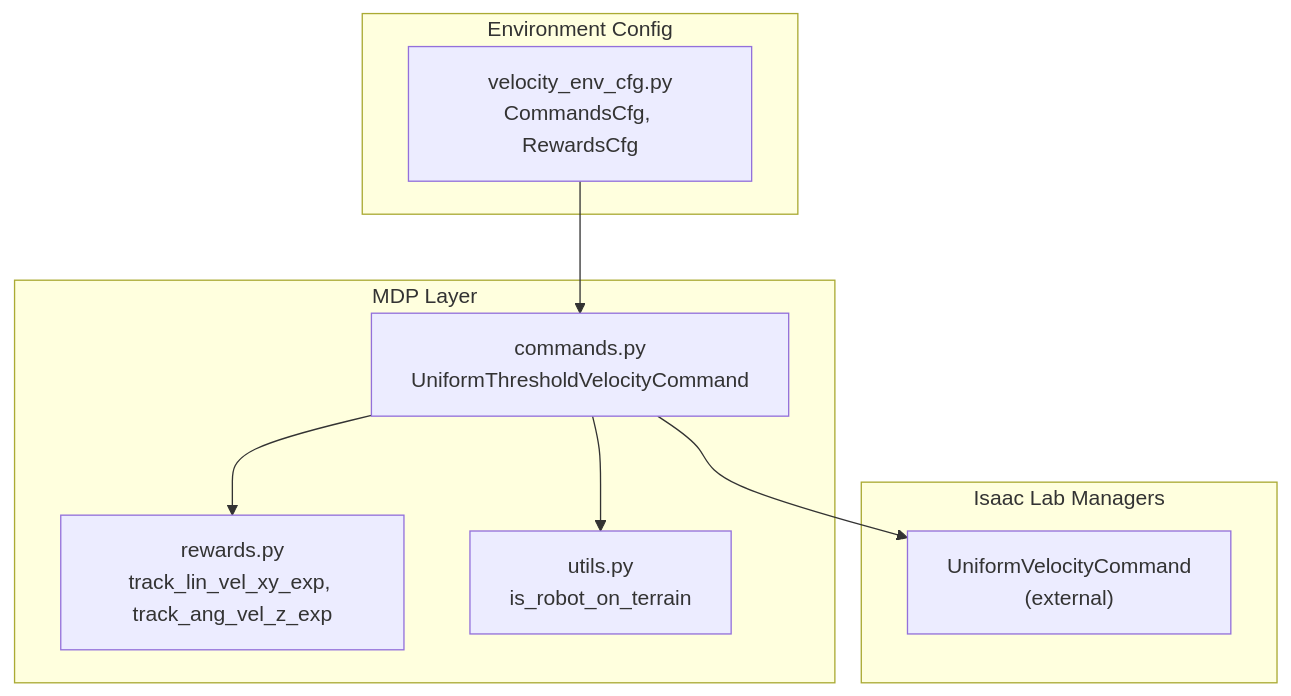
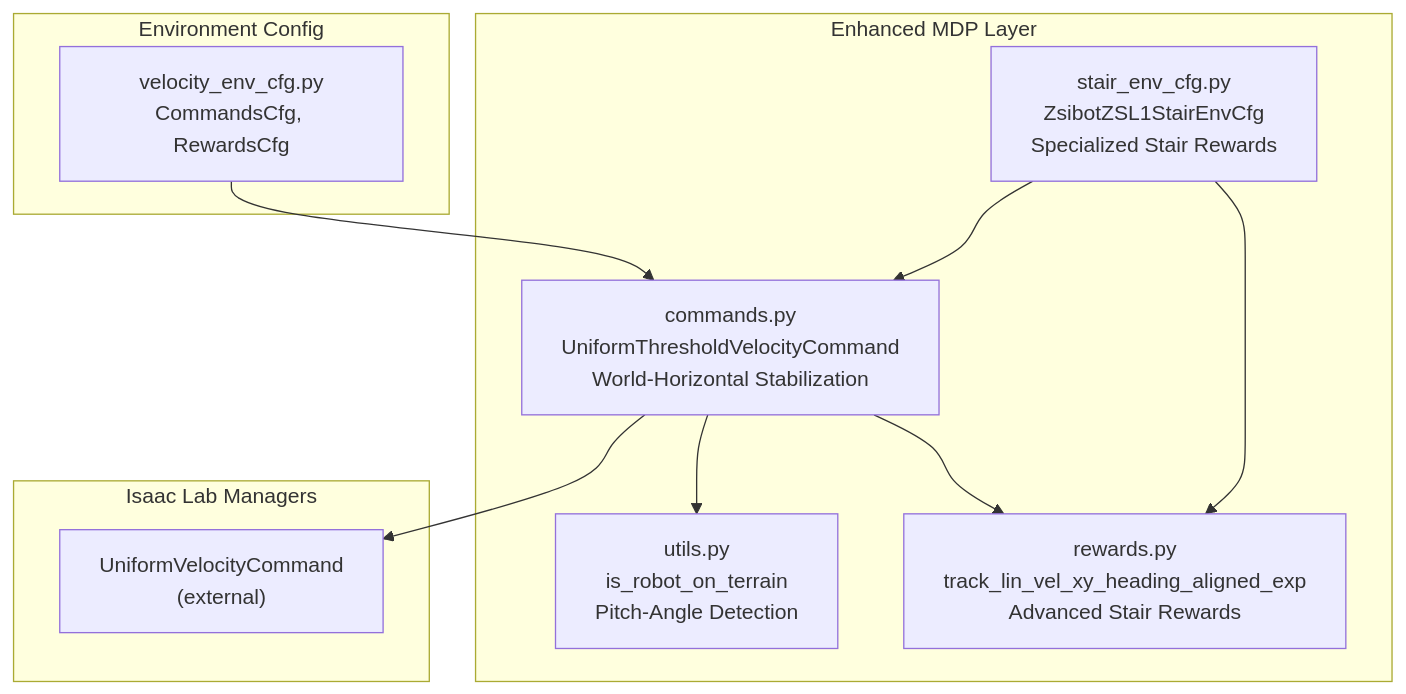
Before and after one commit to jayjayhust/robot_lab: the first of 4 diagrams in .qoder/repowiki/en/content/Task Configuration Framework/Velocity-Based Locomotion Tasks/Command Generation and Tracking.md, drawn with Mermaid. The commit also changed other lines of this file and 21 other files, not shown here.

Commit message:
add stair config for zsl1

````diff
--- a/.qoder/repowiki/en/content/Task Configuration Framework/Velocity-Based Locomotion Tasks/Command Generation and Tracking.md
+++ b/.qoder/repowiki/en/content/Task Configuration Framework/Velocity-Based Locomotion Tasks/Command Generation and Tracking.md
@@ -40,18 +50,21 @@
 ```mermaid
 graph TB
-subgraph "MDP Layer"
-CMD["commands.py<br/>UniformThresholdVelocityCommand"]
-REW["rewards.py<br/>track_lin_vel_xy_exp, track_ang_vel_z_exp"]
-UTL["utils.py<br/>is_robot_on_terrain"]
+subgraph "Enhanced MDP Layer"
+CMD["commands.py<br/>UniformThresholdVelocityCommand<br/>World-Horizontal Stabilization"]
+REW["rewards.py<br/>track_lin_vel_xy_heading_aligned_exp<br/>Advanced Stair Rewards"]
+UTL["utils.py<br/>is_robot_on_terrain<br/>Pitch-Angle Detection"]
+STAIR["stair_env_cfg.py<br/>ZsibotZSL1StairEnvCfg<br/>Specialized Stair Rewards"]
 end
 subgraph "Environment Config"
 CFG["velocity_env_cfg.py<br/>CommandsCfg, RewardsCfg"]
 end
 subgraph "Isaac Lab Managers"
 BASE["UniformVelocityCommand<br/>(external)"]
 end
 CFG --> CMD
 CMD --> BASE
 CMD --> UTL
 CMD --> REW
+STAIR --> CMD
+STAIR --> REW
 ```
````
